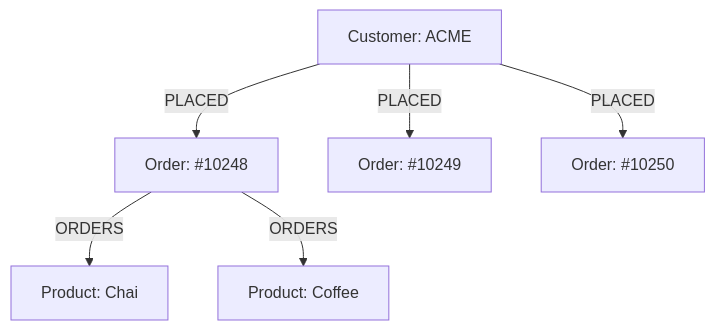
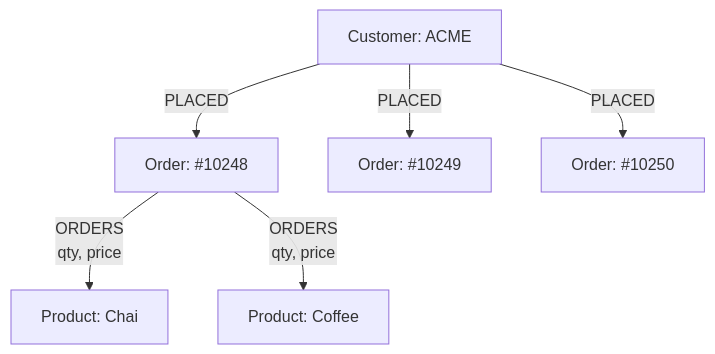
The second of 6 diagrams in asciidoc/courses/workshop-importing/modules/2-data-modeling/lessons/4-relationships/lesson.adoc (neo4j-graphacademy/courses), drawn with Mermaid before and after one commit. The commit also changed other lines of this file and 25 other files, not shown here.

````diff
--- a/asciidoc/courses/workshop-importing/modules/2-data-modeling/lessons/4-relationships/lesson.adoc
+++ b/asciidoc/courses/workshop-importing/modules/2-data-modeling/lessons/4-relationships/lesson.adoc
@@ -137,9 +147,9 @@
 ```mermaid
 graph TB
     A[Customer: ACME] -->|PLACED| B[Order: #10248]
     A -->|PLACED| C[Order: #10249]
     A -->|PLACED| D[Order: #10250]
 
-    B -->|ORDERS| E[Product: Chai]
-    B -->|ORDERS| F[Product: Coffee]
+    B -->|ORDERS<br/>qty, price| E[Product: Chai]
+    B -->|ORDERS<br/>qty, price| F[Product: Coffee]
 ```
````
